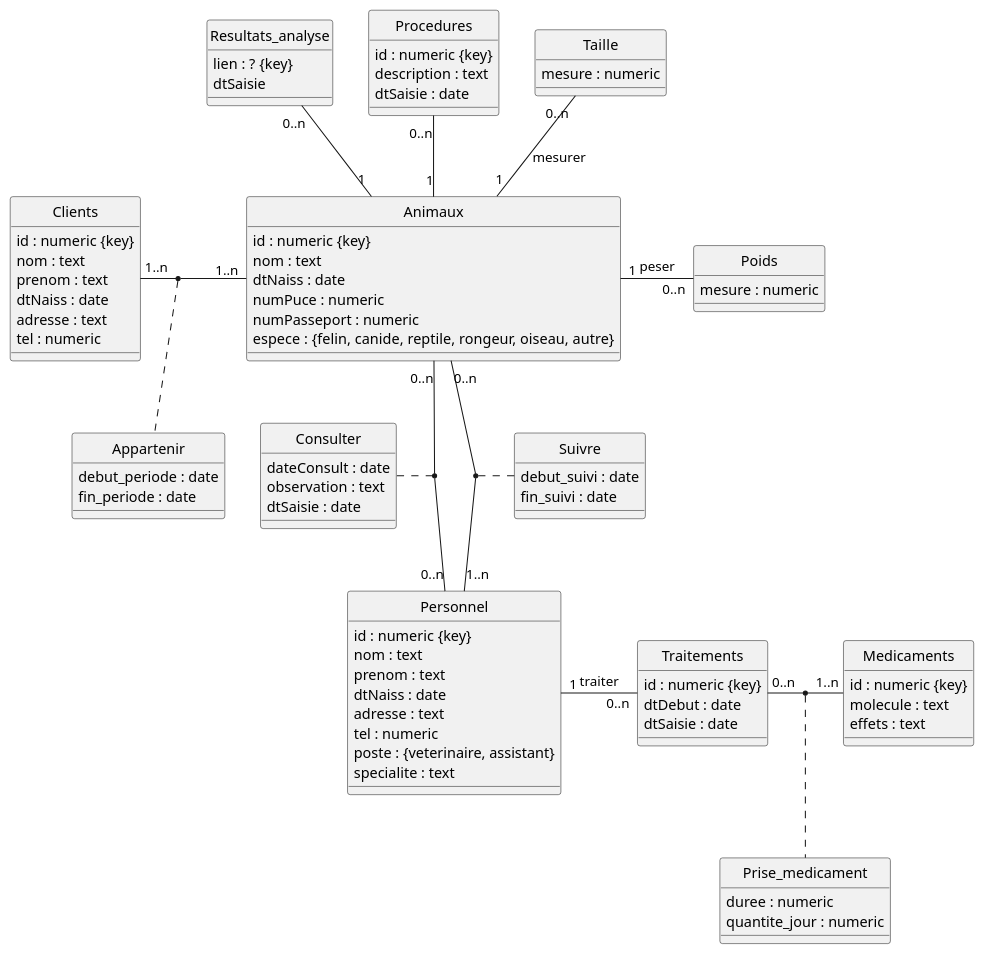
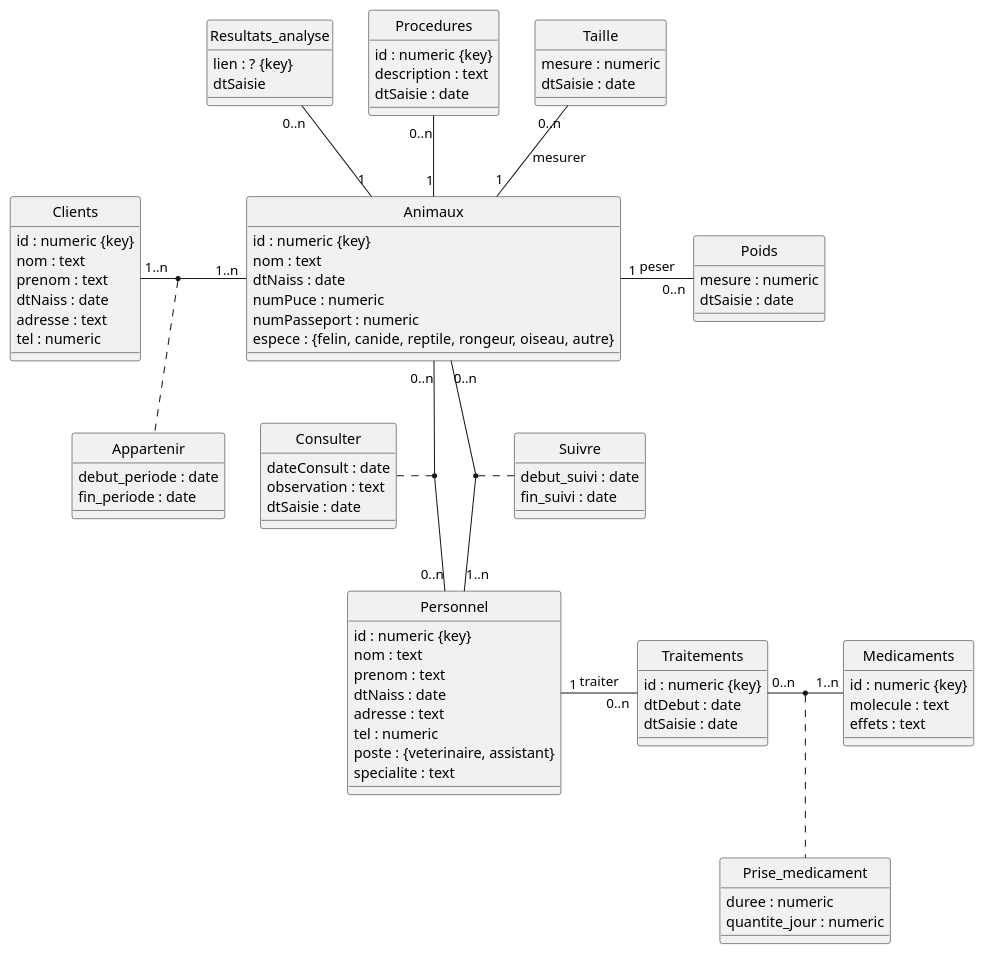
The diagram in veto.plantuml (pltheoclement/nf18v2), drawn with PlantUML before and after one commit.

```diff
--- a/veto.plantuml
+++ b/veto.plantuml
@@ -1,99 +1,101 @@
 @startuml
 hide circle
 
 class Animaux {
   id : numeric {key}
   nom : text
   dtNaiss : date
   numPuce : numeric
   numPasseport : numeric
   espece : {felin, canide, reptile, rongeur, oiseau, autre}
 }
 
 class Clients {
   id : numeric {key}
   nom : text
   prenom : text
   dtNaiss : date
   adresse : text
   tel : numeric
 }
 
 class Personnel {
   id : numeric {key}
   nom : text
   prenom : text
   dtNaiss : date
   adresse : text
   tel : numeric
   poste : {veterinaire, assistant}
   specialite : text
 }
 
 class Medicaments {
   id : numeric {key}
   molecule : text
   effets : text
 }
 
 class Traitements {
   id : numeric {key}
   dtDebut : date
   dtSaisie : date
 }
 
 class Resultats_analyse {
   lien : ? {key}
   dtSaisie
 }
 
 class Consulter {
   dateConsult : date
   observation : text
   dtSaisie : date
 }
 
 class Procedures {
   id : numeric {key}
   description : text
   dtSaisie : date
 }
 
 class Poids {
   mesure : numeric
+  dtSaisie : date
 }
 
 class Taille {
   mesure : numeric
+  dtSaisie : date
 }
 
 class Appartenir {
   debut_periode : date
   fin_periode : date
 }
 
 class Prise_medicament {
   duree : numeric
   quantite_jour : numeric
 }
 
 class Suivre {
   debut_suivi : date
   fin_suivi : date
 }
 
 Clients "1..n" - "1..n" Animaux
 (Animaux, Clients) .. Appartenir
 Animaux "0..n" - "0..n" Personnel
 (Animaux, Personnel) . Consulter
 Personnel "1" - "0..n" Traitements : traiter
 Animaux "0..n" -- "1..n" Personnel
 (Animaux, Personnel) . Suivre
 Animaux "1" - "0..n" Poids : peser
 Taille "0..n" -- "1" Animaux : mesurer
 Traitements "0..n" - "1..n" Medicaments
 (Medicaments, Traitements) .. Prise_medicament
 Resultats_analyse "0..n" -- "1" Animaux
 Procedures "0..n" -- "1" Animaux
 
 @enduml
```
